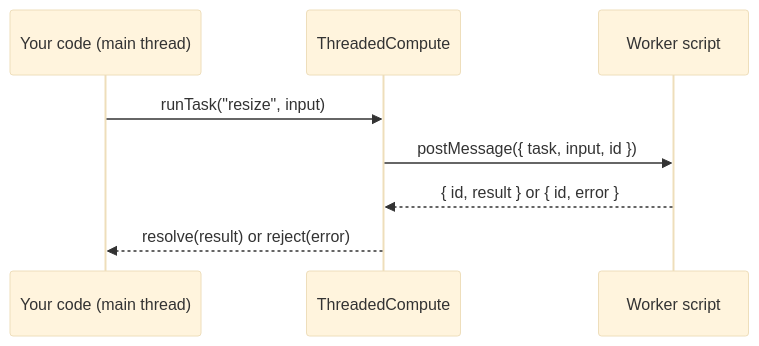
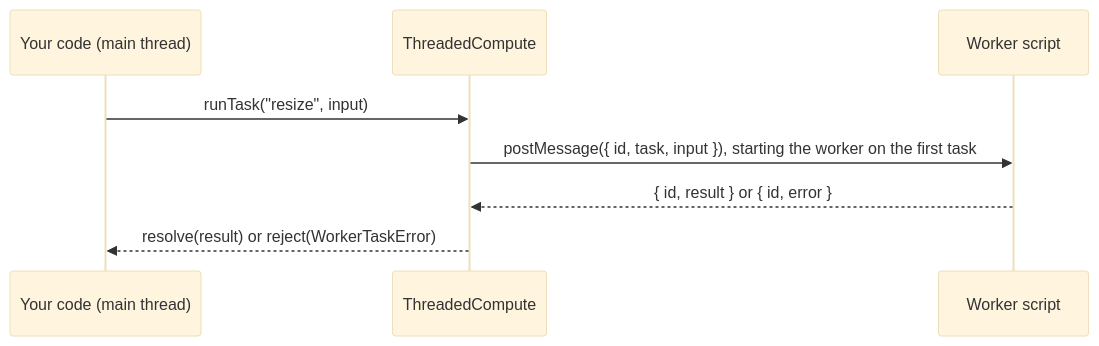
Before and after one commit to phun-ky/hybrid-compute: the third of 4 diagrams in README.md, drawn with Mermaid (base theme). The commit also changed other lines of this file and 11 other files, not shown here.

First line of the commit message:
docs: ✏️ document worker's options, errors, cancelling, exposeTasks and message format

````diff
--- a/README.md
+++ b/README.md
@@ -428,11 +416,11 @@
 ```mermaid
 sequenceDiagram
   participant App as Your code (main thread)
   participant TC as ThreadedCompute
   participant W as Worker script
 
   App->>TC: runTask("resize", input)
-  TC->>W: postMessage({ task, input, id })
+  TC->>W: postMessage({ id, task, input }), starting the worker on the first task
   W-->>TC: { id, result } or { id, error }
-  TC-->>App: resolve(result) or reject(error)
+  TC-->>App: resolve(result) or reject(WorkerTaskError)
 ```
````
